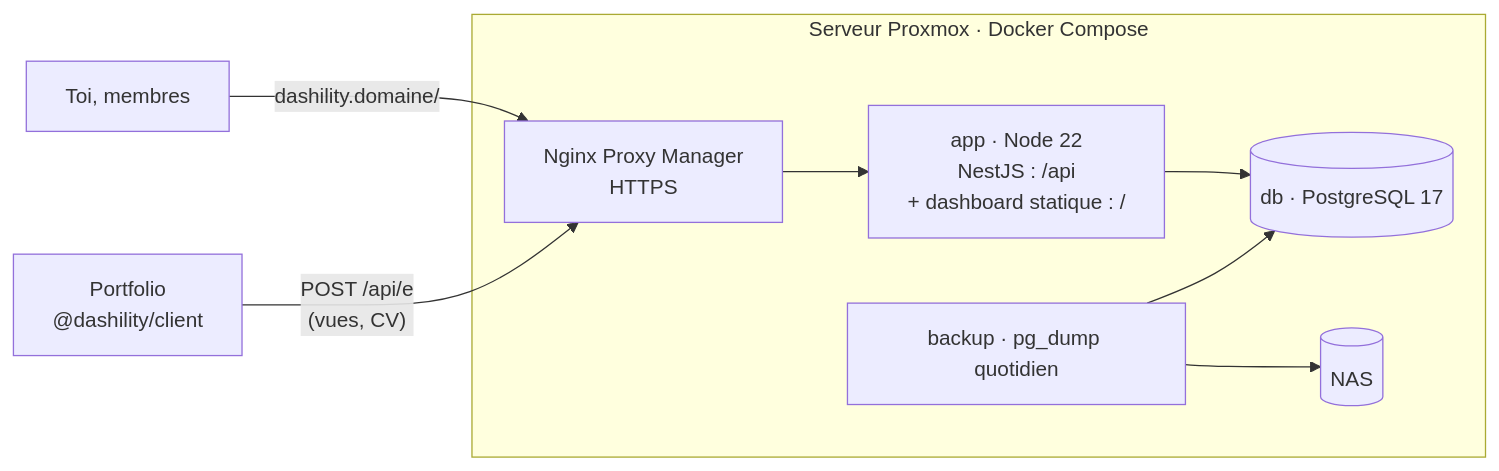
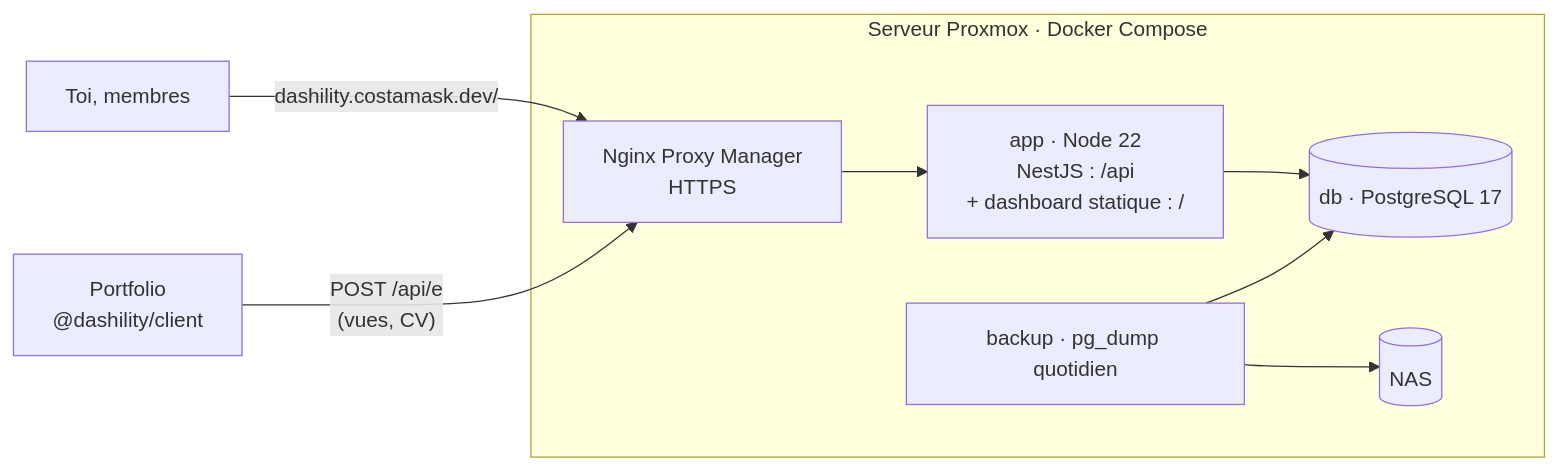
One commit to K0Konut/Headless_CMS changed the first of 2 diagrams in docs/07-architecture-technique.md. Above: the diagram before and after it, drawn with Mermaid. The commit also changed other lines of this file and 1 other file, not shown here.

Commit message:
docs(architecture): met en ligne par image GHCR et tâche cron, comme le portfolio

````diff
--- a/docs/07-architecture-technique.md
+++ b/docs/07-architecture-technique.md
@@ -9,11 +9,11 @@
 ```mermaid
 flowchart LR
     subgraph Serveur["Serveur Proxmox · Docker Compose"]
         NPM["Nginx Proxy Manager<br/>HTTPS"] --> APP["app · Node 22<br/>NestJS : /api<br/>+ dashboard statique : /"]
         APP --> DB[("db · PostgreSQL 17")]
         BK["backup · pg_dump quotidien"] --> DB
         BK --> NAS[("NAS")]
     end
-    U["Toi, membres"] -- "dashility.domaine/" --> NPM
+    U["Toi, membres"] -- "dashility.costamask.dev/" --> NPM
     SITE["Portfolio<br/>@dashility/client"] -- "POST /api/e<br/>(vues, CV)" --> NPM
 ```
````
